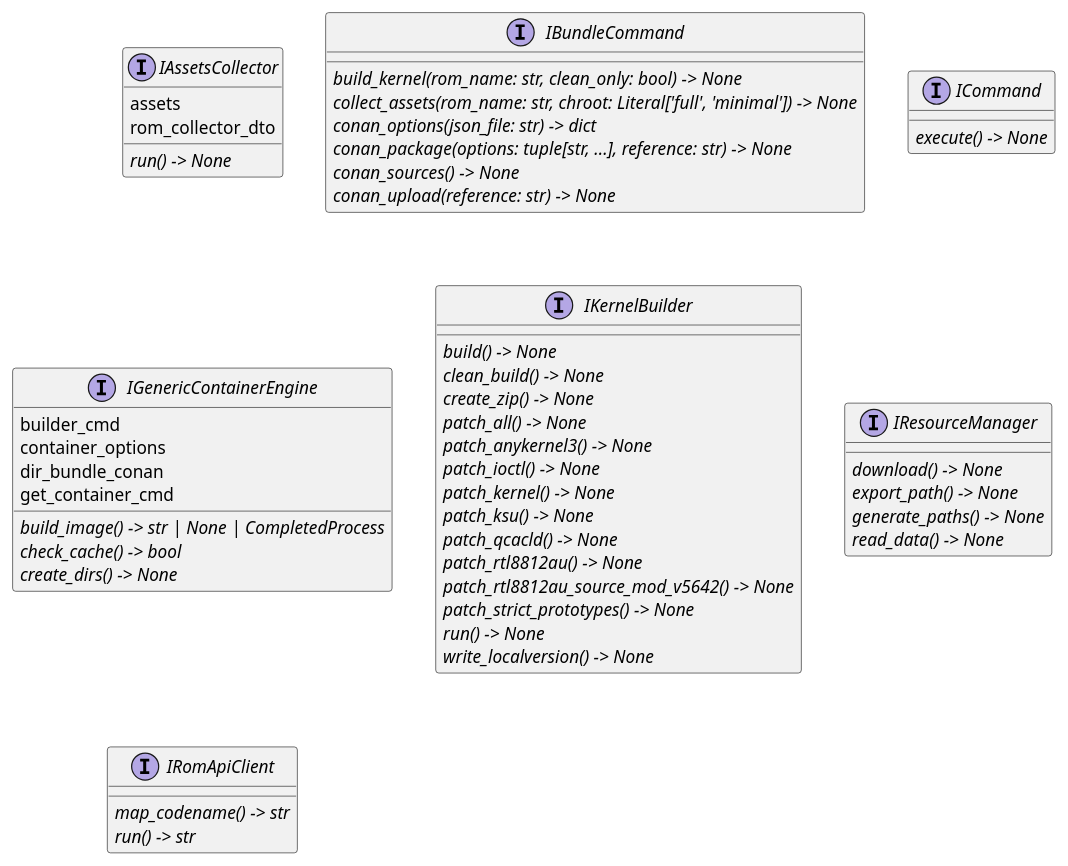
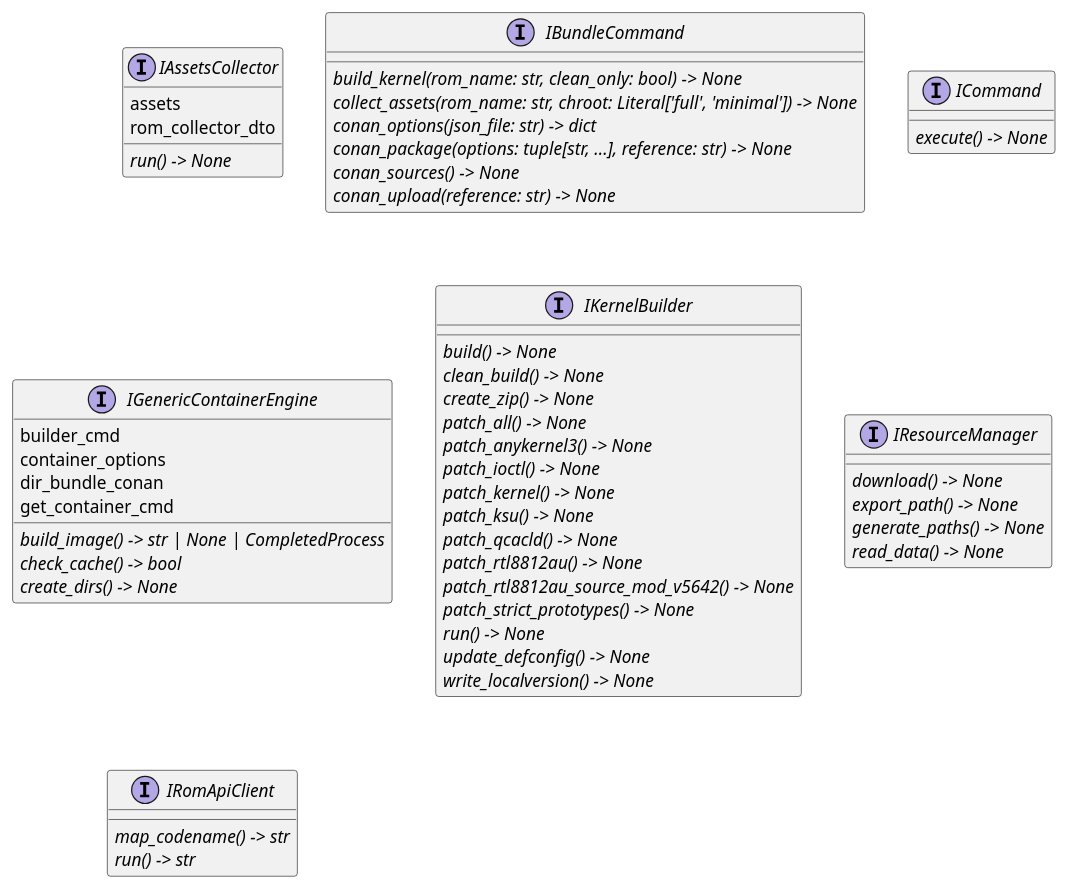
Before and after one commit to seppzer0/zero_kernel: the diagram in docs/architecture/interfaces/classes.puml, drawn with PlantUML. The commit also changed 4 other files, not shown here.

Commit message:
docs: update plantuml docs

```diff
--- a/docs/architecture/interfaces/classes.puml
+++ b/docs/architecture/interfaces/classes.puml
@@ -1,54 +1,55 @@
 @startuml classes
 set namespaceSeparator none
 interface "IAssetsCollector" as interfaces.modules.IAssetsCollector {
   assets
   rom_collector_dto
   {abstract}run() -> None
 }
 interface "IBundleCommand" as interfaces.commands.IBundleCommand {
   {abstract}build_kernel(rom_name: str, clean_only: bool) -> None
   {abstract}collect_assets(rom_name: str, chroot: Literal['full', 'minimal']) -> None
   {abstract}conan_options(json_file: str) -> dict
   {abstract}conan_package(options: tuple[str, ...], reference: str) -> None
   {abstract}conan_sources() -> None
   {abstract}conan_upload(reference: str) -> None
 }
 interface "ICommand" as interfaces.commands.ICommand {
   {abstract}execute() -> None
 }
 interface "IGenericContainerEngine" as interfaces.engines.IGenericContainerEngine {
   builder_cmd
   container_options
   dir_bundle_conan
   get_container_cmd
   {abstract}build_image() -> str | None | CompletedProcess
   {abstract}check_cache() -> bool
   {abstract}create_dirs() -> None
 }
 interface "IKernelBuilder" as interfaces.modules.IKernelBuilder {
   {abstract}build() -> None
   {abstract}clean_build() -> None
   {abstract}create_zip() -> None
   {abstract}patch_all() -> None
   {abstract}patch_anykernel3() -> None
   {abstract}patch_ioctl() -> None
   {abstract}patch_kernel() -> None
   {abstract}patch_ksu() -> None
   {abstract}patch_qcacld() -> None
   {abstract}patch_rtl8812au() -> None
   {abstract}patch_rtl8812au_source_mod_v5642() -> None
   {abstract}patch_strict_prototypes() -> None
   {abstract}run() -> None
+  {abstract}update_defconfig() -> None
   {abstract}write_localversion() -> None
 }
 interface "IResourceManager" as interfaces.managers.IResourceManager {
   {abstract}download() -> None
   {abstract}export_path() -> None
   {abstract}generate_paths() -> None
   {abstract}read_data() -> None
 }
 interface "IRomApiClient" as interfaces.clients.IRomApiClient {
   {abstract}map_codename() -> str
   {abstract}run() -> str
 }
 @enduml
```
